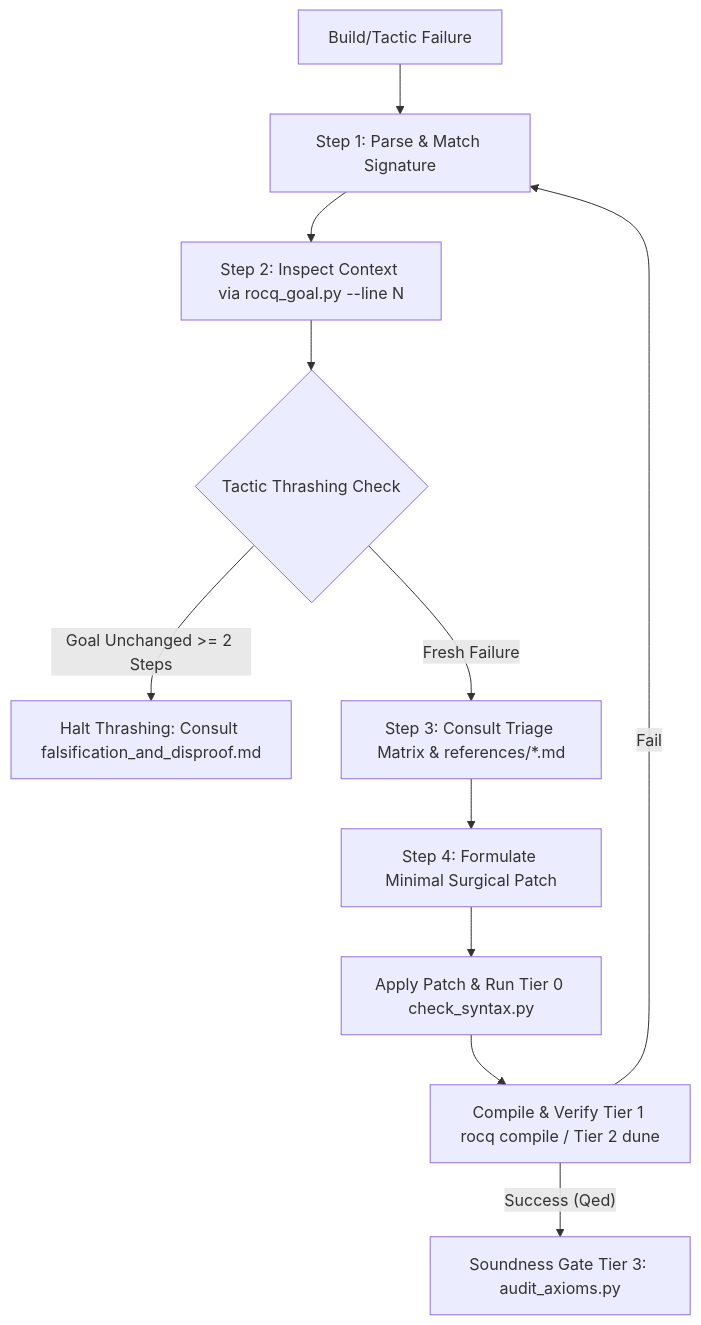
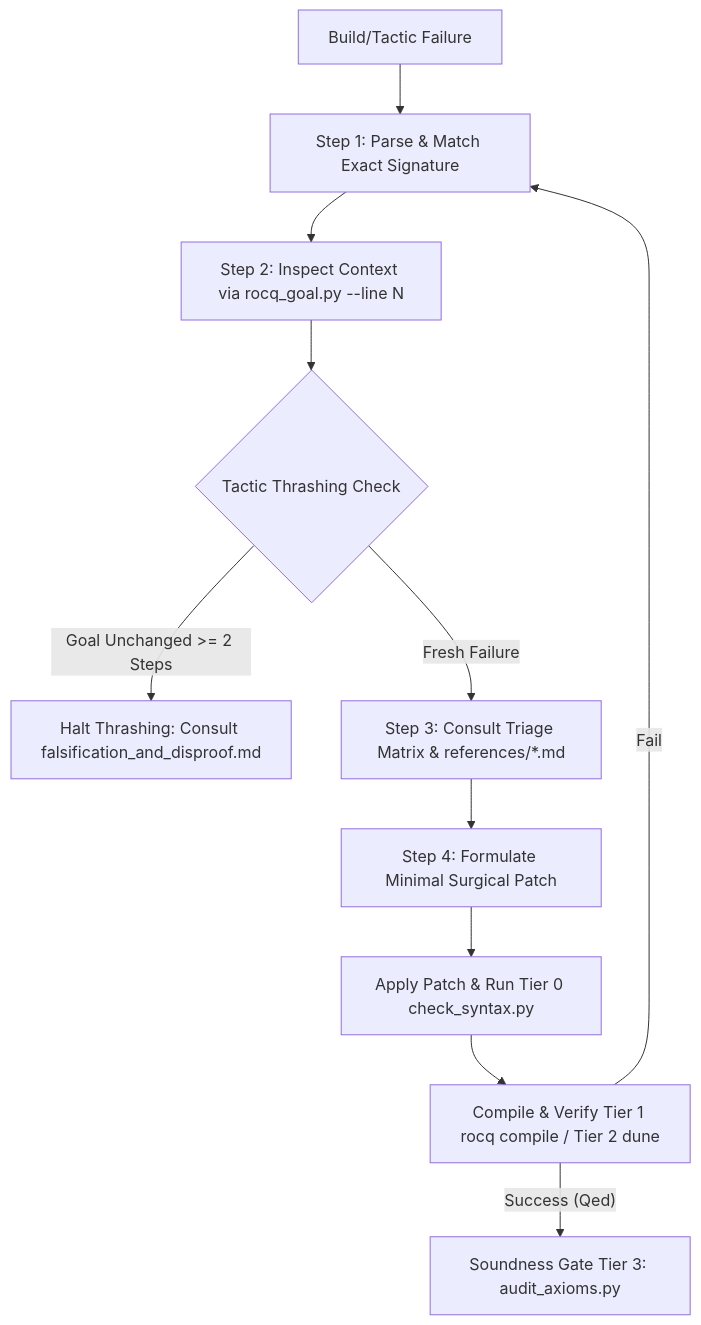
Before and after one commit to MI-1222/rocq-ltac-skills: the diagram in skills/rocq-ltac-proof-repair/SKILL.md, drawn with Mermaid. The commit also changed other lines of this file and 6 other files, not shown here.

````diff
--- a/skills/rocq-ltac-proof-repair/SKILL.md
+++ b/skills/rocq-ltac-proof-repair/SKILL.md
@@ -35,13 +35,13 @@
 ```mermaid
 graph TD
-  A["Build/Tactic Failure"] --> B["Step 1: Parse & Match Signature"]
+  A["Build/Tactic Failure"] --> B["Step 1: Parse & Match Exact Signature"]
   B --> C["Step 2: Inspect Context via rocq_goal.py --line N"]
   C --> D{"Tactic Thrashing Check"}
   D -- "Goal Unchanged >= 2 Steps" --> E["Halt Thrashing: Consult falsification_and_disproof.md"]
   D -- "Fresh Failure" --> F["Step 3: Consult Triage Matrix & references/*.md"]
   F --> G["Step 4: Formulate Minimal Surgical Patch"]
   G --> H["Apply Patch & Run Tier 0 check_syntax.py"]
   H --> I["Compile & Verify Tier 1 rocq compile / Tier 2 dune"]
   I -- "Success (Qed)" --> J["Soundness Gate Tier 3: audit_axioms.py"]
   I -- "Fail" --> B
 ```
````
